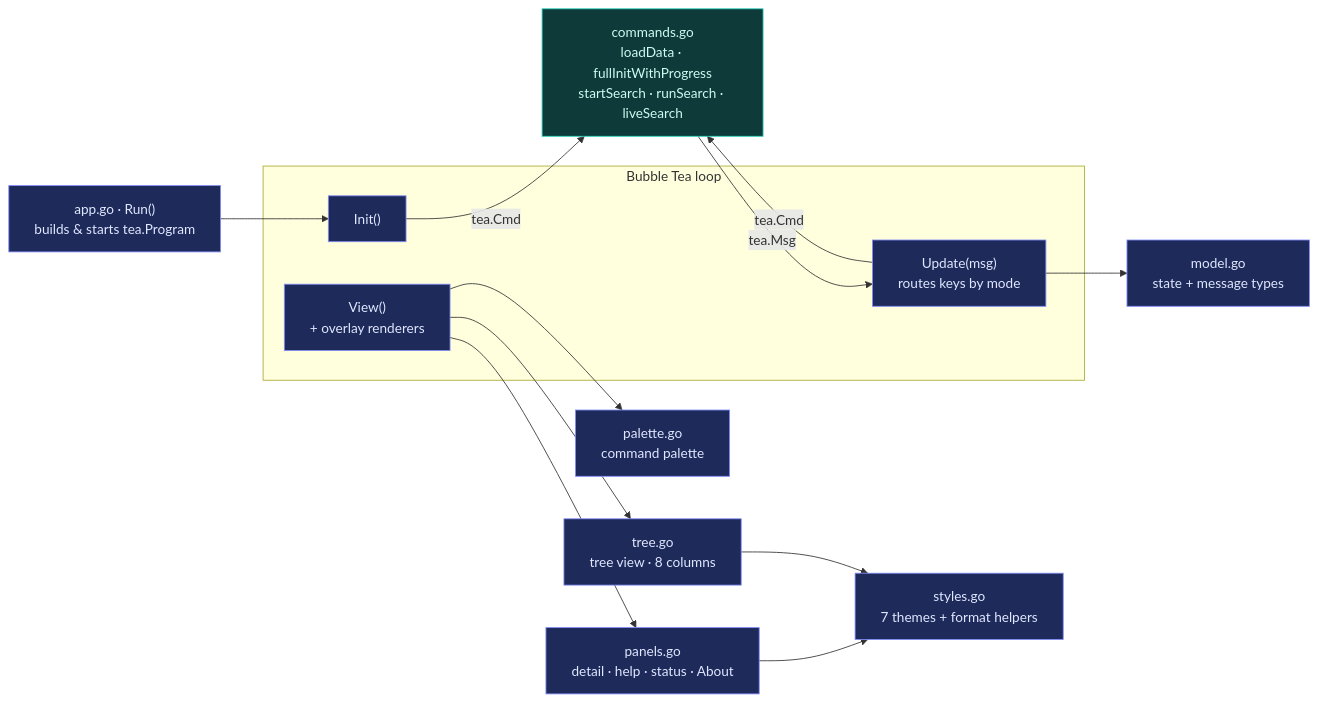
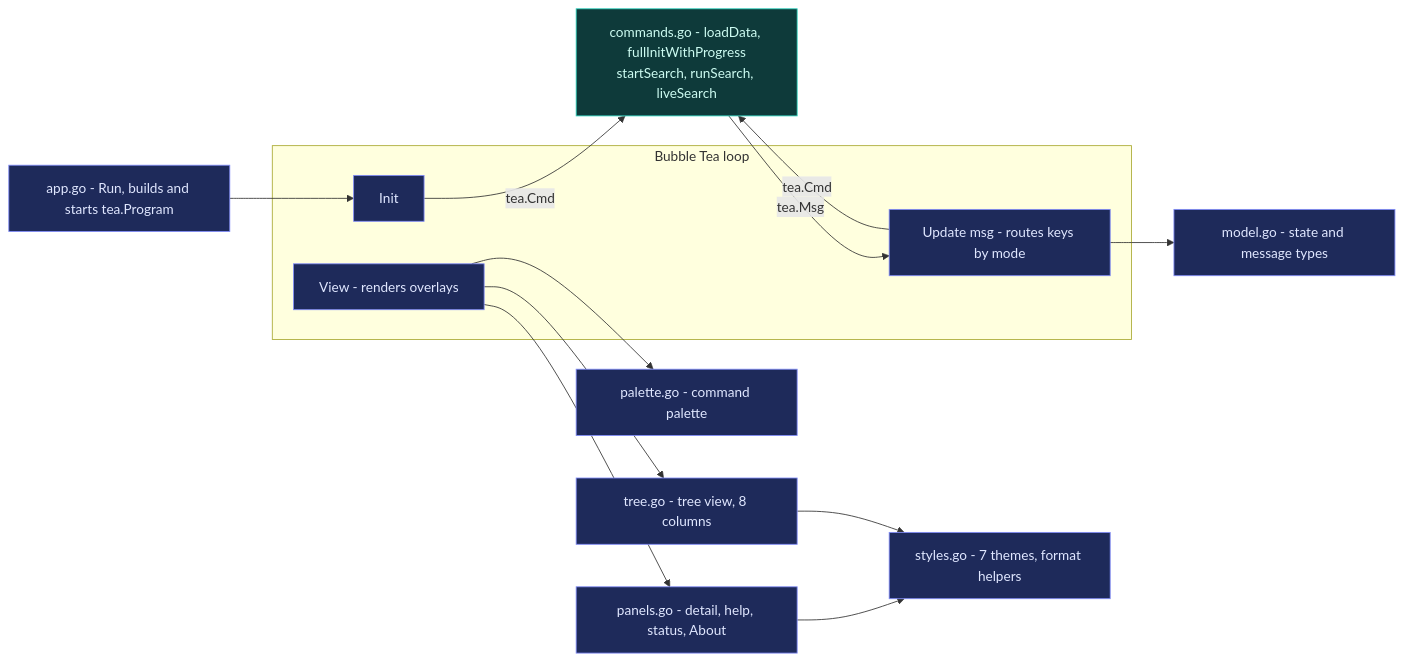
The second of 2 diagrams in docs/ARCHITECTURE.md (DVacirca/whatsinstalled), drawn with Mermaid before and after one commit. The commit also changed other lines of this file and 1 other file, not shown here.

First line of the commit message:
strip Mermaid of all chars that crash VS Code renderer

````diff
--- a/docs/ARCHITECTURE.md
+++ b/docs/ARCHITECTURE.md
@@ -117,33 +117,33 @@
 ```mermaid
 flowchart LR
-    RUN["app.go · Run()<br/>builds & starts tea.Program"]
+    RUN["app.go - Run, builds and starts tea.Program"]
 
     subgraph loop["Bubble Tea loop"]
-        INIT["Init()"]
-        UPDATE["Update(msg)<br/>routes keys by mode"]
-        VIEW["View()<br/>+ overlay renderers"]
+        INIT["Init"]
+        UPDATE["Update msg - routes keys by mode"]
+        VIEW["View - renders overlays"]
     end
 
-    MODEL["model.go<br/>state + message types"]
-    CMDS["commands.go<br/>loadData · fullInitWithProgress<br/>startSearch · runSearch · liveSearch"]
-    PALETTE["palette.go<br/>command palette"]
-    PANELS["panels.go<br/>detail · help · status · About"]
-    TREE["tree.go<br/>tree view · 8 columns"]
-    STYLES["styles.go<br/>7 themes + format helpers"]
+    MODEL["model.go - state and message types"]
+    CMDS["commands.go - loadData, fullInitWithProgress<br/>startSearch, runSearch, liveSearch"]
+    PALETTE["palette.go - command palette"]
+    PANELS["panels.go - detail, help, status, About"]
+    TREE["tree.go - tree view, 8 columns"]
+    STYLES["styles.go - 7 themes, format helpers"]
 
     RUN --> INIT
     INIT -->|tea.Cmd| CMDS
     UPDATE -->|tea.Cmd| CMDS
     CMDS -->|tea.Msg| UPDATE
     UPDATE --> MODEL
     VIEW --> PANELS
     VIEW --> TREE
     VIEW --> PALETTE
     PANELS --> STYLES
     TREE --> STYLES
 
     classDef f fill:#1e2a5a,stroke:#818cf8,color:#e0e7ff
     classDef m fill:#0e3a3a,stroke:#2dd4bf,color:#ccfbf1
     class RUN,INIT,UPDATE,VIEW,MODEL,PALETTE,PANELS,TREE,STYLES f
     class CMDS m
 ```
````
